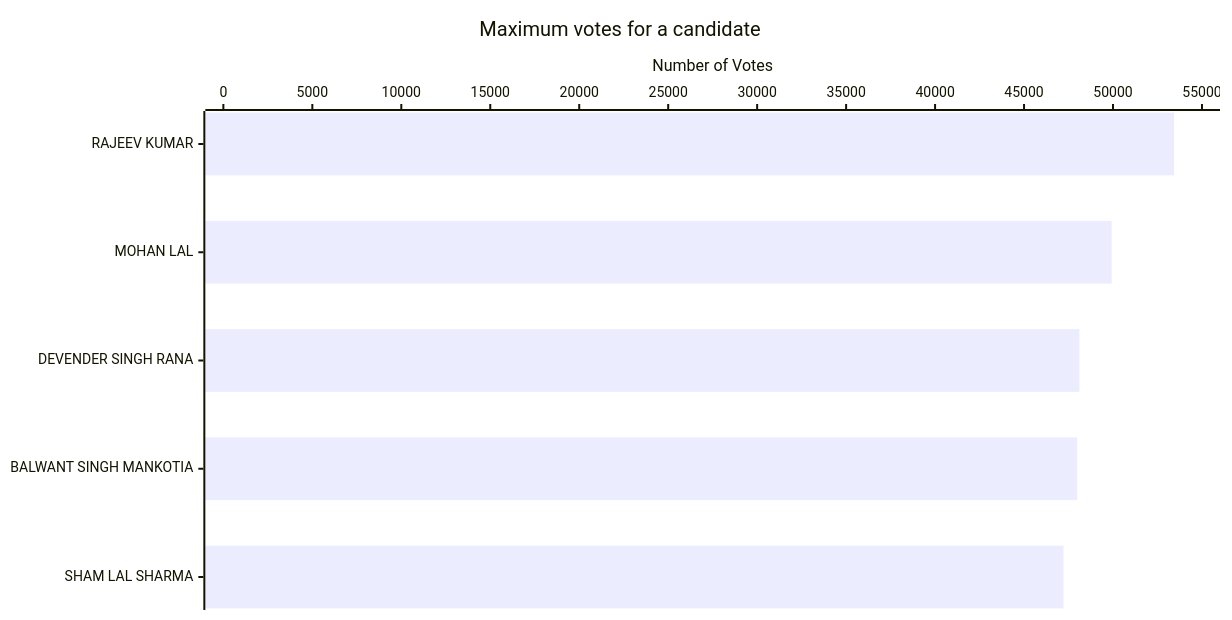
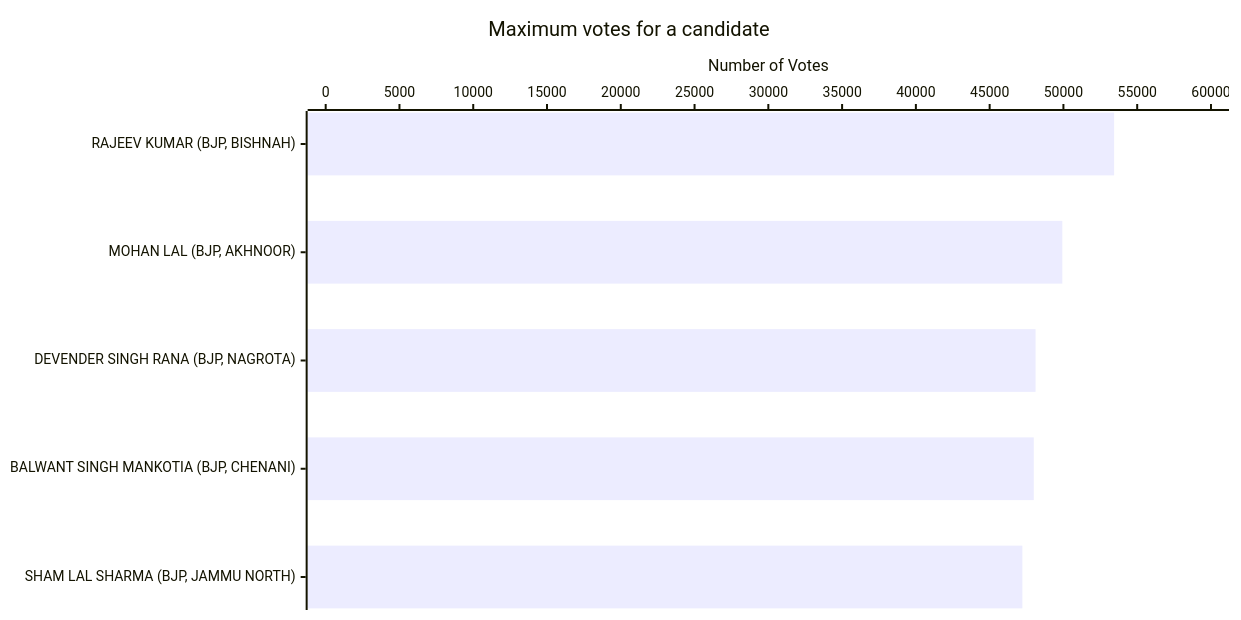
The second of 19 diagrams in J&K-GRAPH.md (arjunswaj/elections), drawn with Mermaid before and after one commit. The commit also changed other lines of this file, not shown here.

Commit message:
Update the graph titles

````diff
--- a/J&K-GRAPH.md
+++ b/J&K-GRAPH.md
@@ -68,14 +68,14 @@
 ```mermaid
 ---
 config:
     xyChart:
         width: 1200
         height: 600
         chartOrientation: horizontal
 ---
 xychart-beta
     title "Maximum votes for a candidate"
-    x-axis ["RAJEEV KUMAR", "MOHAN LAL", "DEVENDER SINGH RANA", "BALWANT SINGH MANKOTIA", "SHAM LAL SHARMA"]
-    y-axis "Number of Votes" 0 --> 55000
+    x-axis ["RAJEEV KUMAR (BJP, BISHNAH)", "MOHAN LAL (BJP, AKHNOOR)", "DEVENDER SINGH RANA (BJP, NAGROTA)", "BALWANT SINGH MANKOTIA (BJP, CHENANI)", "SHAM LAL SHARMA (BJP, JAMMU NORTH)"]
+    y-axis "Number of Votes" 0 --> 60000
     bar [53435, 49927, 48113, 47990, 47219]
 ```
````
